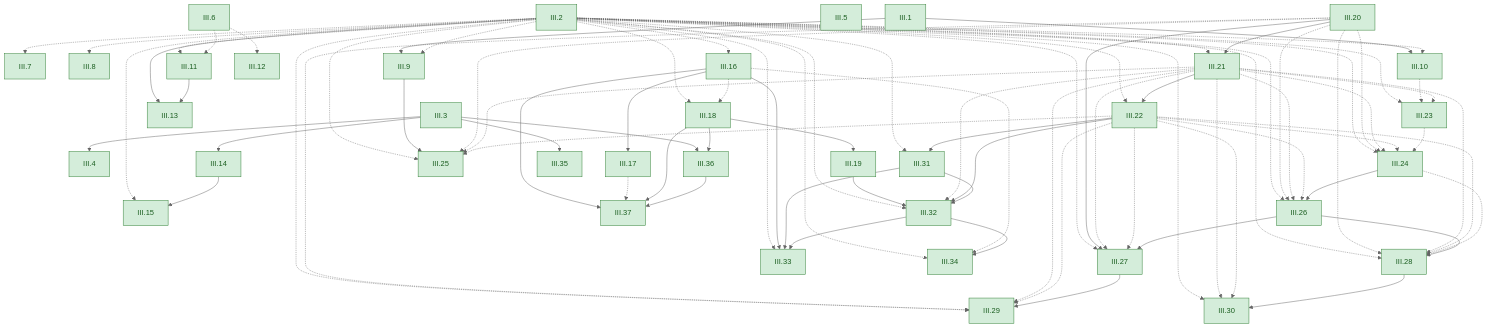
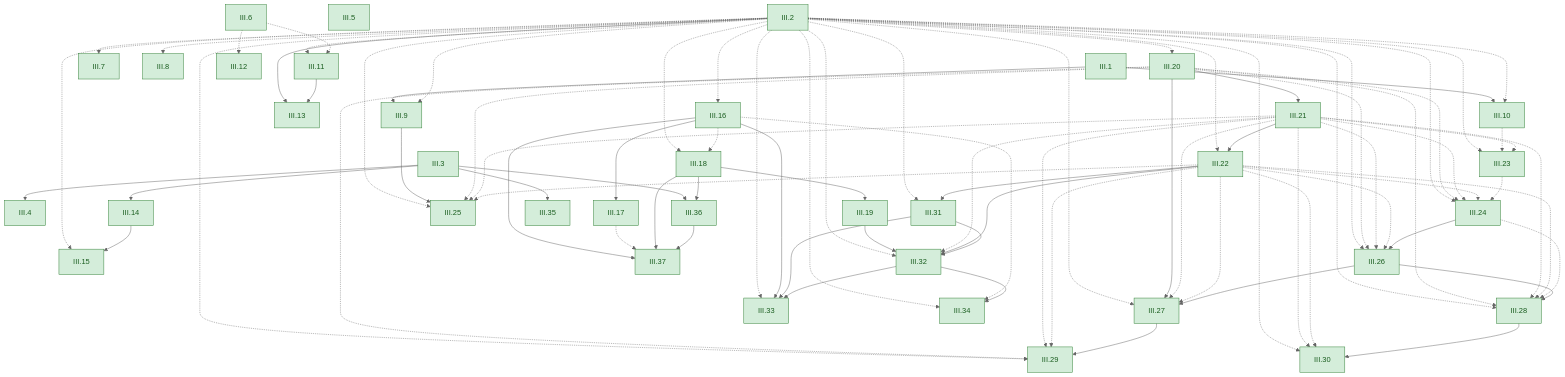
Before and after one commit to dodecaplex-co/stoicheia: the sixth of 6 diagrams in GRAPH.md, drawn with Mermaid (neutral theme). The commit also changed other lines of this file and 48 other files, not shown here.

```diff
--- a/GRAPH.md
+++ b/GRAPH.md
@@ -817,7 +817,7 @@
   III2 -.-> III18
   III16 -.-> III18
   III18 --> III19
-  III2 -.-> III21
+  III2 -.-> III20
   III20 --> III21
   III2 -.-> III22
   III21 --> III22
```
